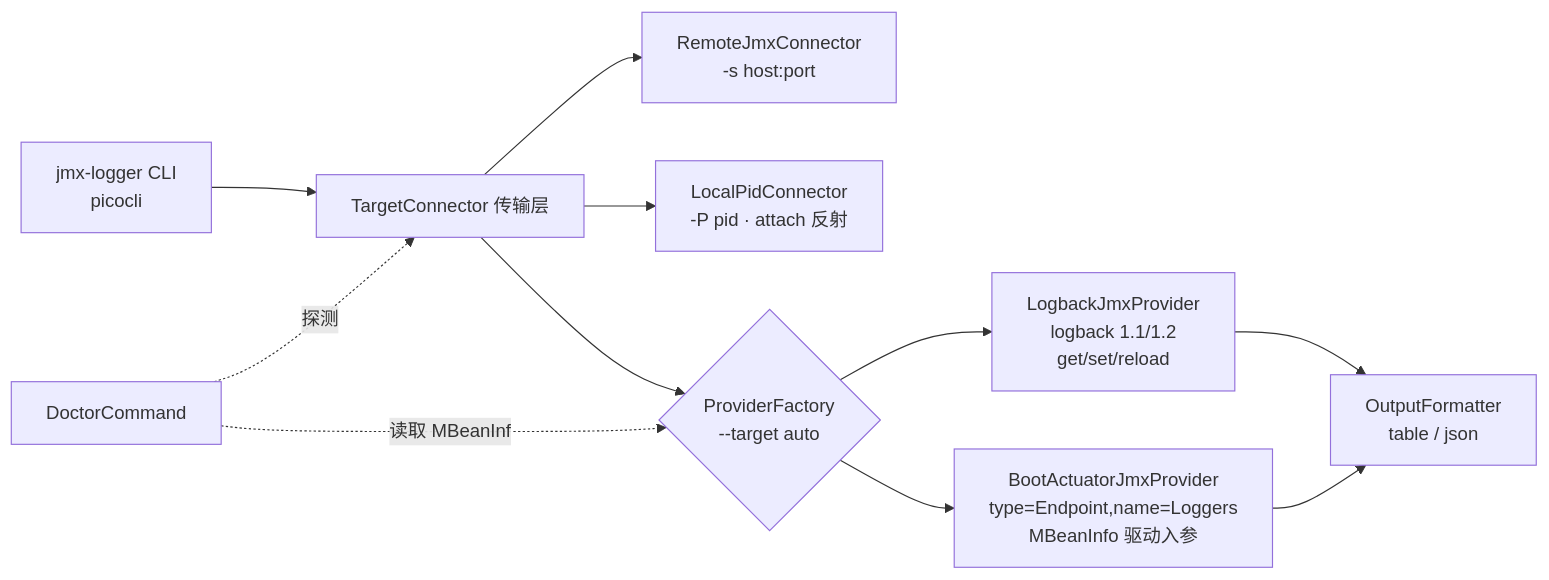
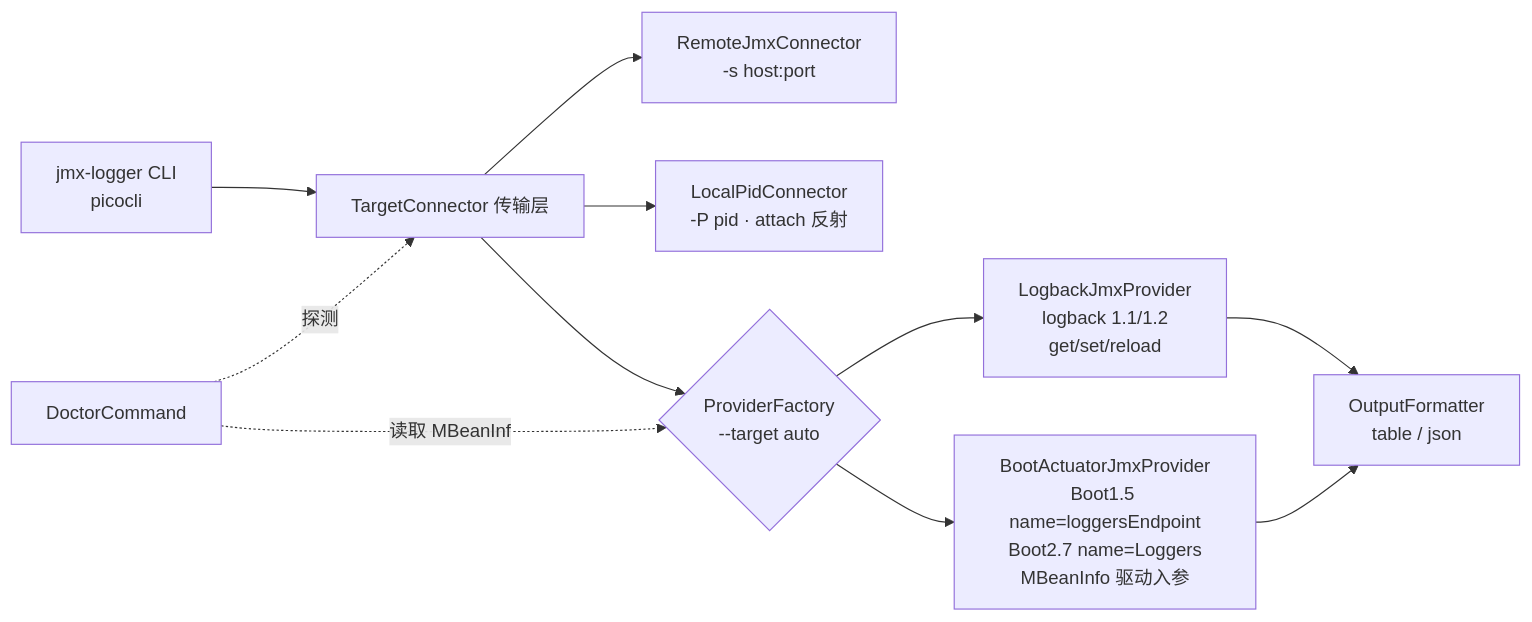
The diagram in doc/plan_v1.0.1.md (jacquesdong/jmx-logger), drawn with Mermaid before and after one commit. The commit also changed other lines of this file, not shown here.

First line of the commit message:
doc(plan): Boot 1.5 actuator 纳入 P3，P4 定稿未找到 logger 的处理

````diff
--- a/doc/plan_v1.0.1.md
+++ b/doc/plan_v1.0.1.md
@@ -29,13 +52,13 @@
 ```mermaid
 flowchart LR
     CLI["jmx-logger CLI<br/>picocli"] --> TR["TargetConnector 传输层"]
     TR --> R["RemoteJmxConnector<br/>-s host:port"]
     TR --> L["LocalPidConnector<br/>-P pid · attach 反射"]
     TR --> PF{"ProviderFactory<br/>--target auto"}
     PF --> P1["LogbackJmxProvider<br/>logback 1.1/1.2<br/>get/set/reload"]
-    PF --> P2["BootActuatorJmxProvider<br/>type=Endpoint,name=Loggers<br/>MBeanInfo 驱动入参"]
+    PF --> P2["BootActuatorJmxProvider<br/>Boot1.5 name=loggersEndpoint<br/>Boot2.7 name=Loggers<br/>MBeanInfo 驱动入参"]
     P1 --> OUT["OutputFormatter<br/>table / json"]
     P2 --> OUT
     DOC["DoctorCommand"] -.探测.-> TR
     DOC -.读取 MBeanInfo.-> PF
 ```
````
